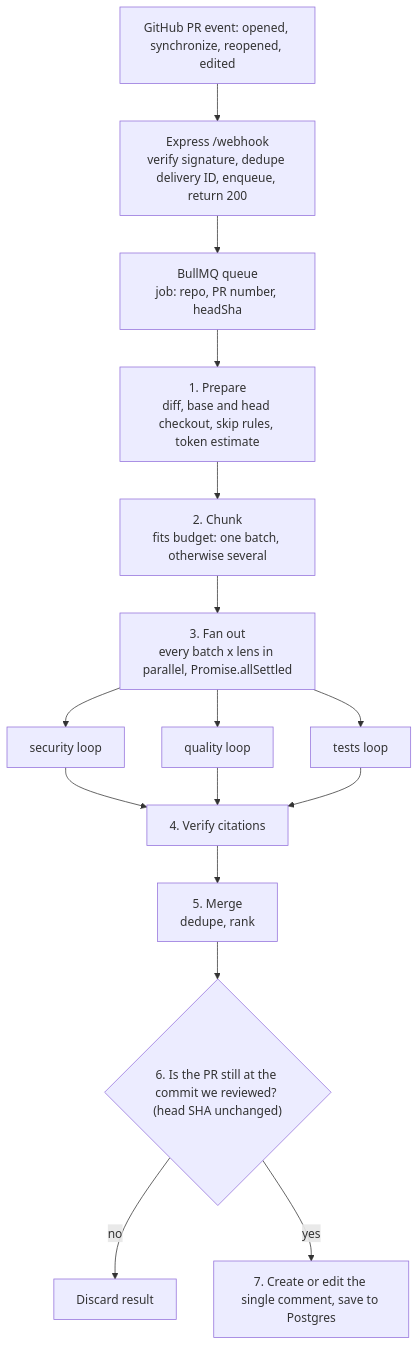
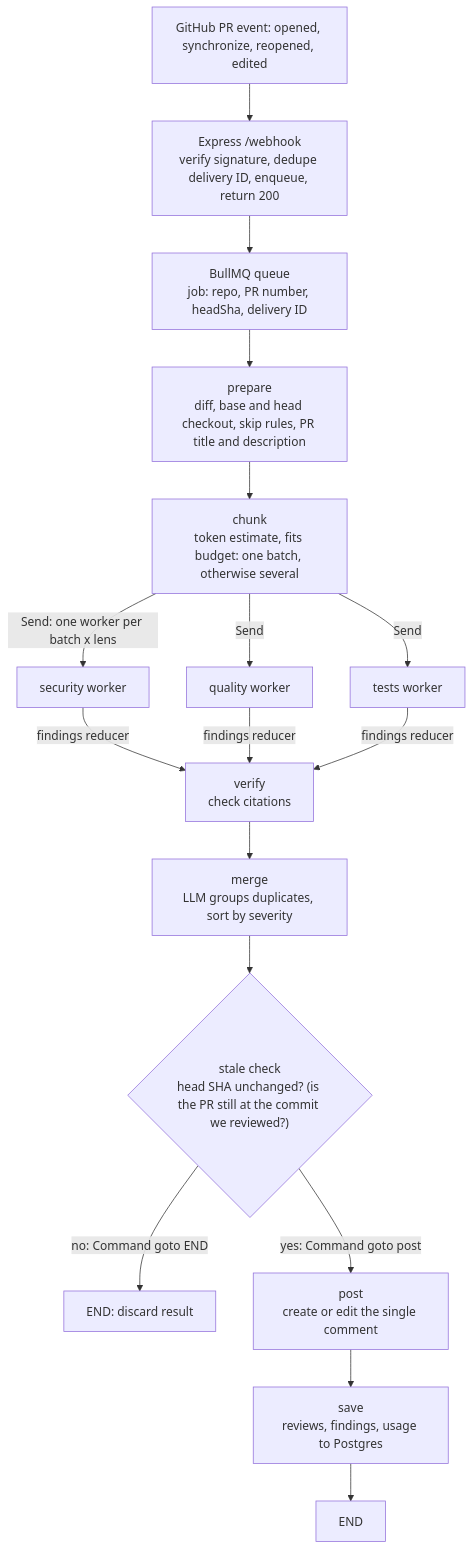
One commit to d-Bharti001/pr-review-agent changed the first of 2 diagrams in Plan.md. Above: the diagram before and after it, drawn with Mermaid. The commit also changed other lines of this file and 1 other file, not shown here.

````diff
--- a/Plan.md
+++ b/Plan.md
@@ -114,18 +142,19 @@
 ```mermaid
 flowchart TD
     A["GitHub PR event: opened, synchronize, reopened, edited"] --> B["Express /webhook<br/>verify signature, dedupe delivery ID, enqueue, return 200"]
-    B --> C["BullMQ queue<br/>job: repo, PR number, headSha"]
-    C --> D["1. Prepare<br/>diff, base and head checkout, skip rules, token estimate"]
-    D --> E["2. Chunk<br/>fits budget: one batch, otherwise several"]
-    E --> F["3. Fan out<br/>every batch x lens in parallel, Promise.allSettled"]
-    F --> G1["security loop"]
-    F --> G2["quality loop"]
-    F --> G3["tests loop"]
-    G1 --> H["4. Verify citations"]
-    G2 --> H
-    G3 --> H
-    H --> I["5. Merge<br/>dedupe, rank"]
-    I --> J{"6. Is the PR still at the commit we reviewed? (head SHA unchanged)"}
-    J -- no --> K["Discard result"]
-    J -- yes --> L["7. Create or edit the single comment, save to Postgres"]
+    B --> C["BullMQ queue<br/>job: repo, PR number, headSha, delivery ID"]
+    C --> D["prepare<br/>diff, base and head checkout, skip rules, PR title and description"]
+    D --> E["chunk<br/>token estimate, fits budget: one batch, otherwise several"]
+    E -- "Send: one worker per batch x lens" --> G1["security worker"]
+    E -- "Send" --> G2["quality worker"]
+    E -- "Send" --> G3["tests worker"]
+    G1 -- "findings reducer" --> H["verify<br/>check citations"]
+    G2 -- "findings reducer" --> H
+    G3 -- "findings reducer" --> H
+    H --> I["merge<br/>LLM groups duplicates, sort by severity"]
+    I --> J{"stale check<br/>head SHA unchanged? (is the PR still at the commit we reviewed?)"}
+    J -- "no: Command goto END" --> K["END: discard result"]
+    J -- "yes: Command goto post" --> L["post<br/>create or edit the single comment"]
+    L --> M["save<br/>reviews, findings, usage to Postgres"]
+    M --> N["END"]
 ```
````
